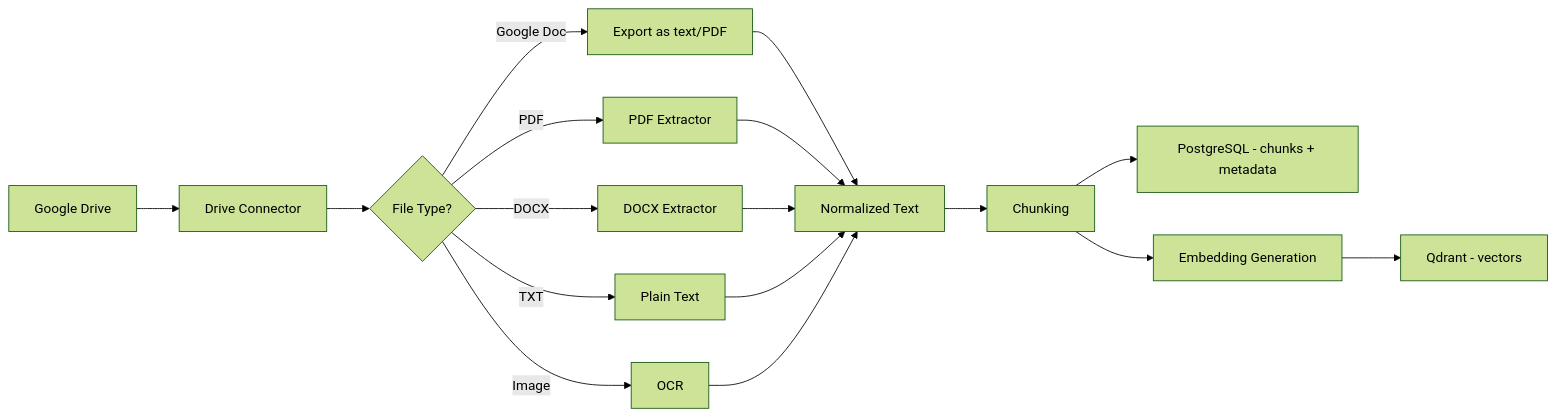
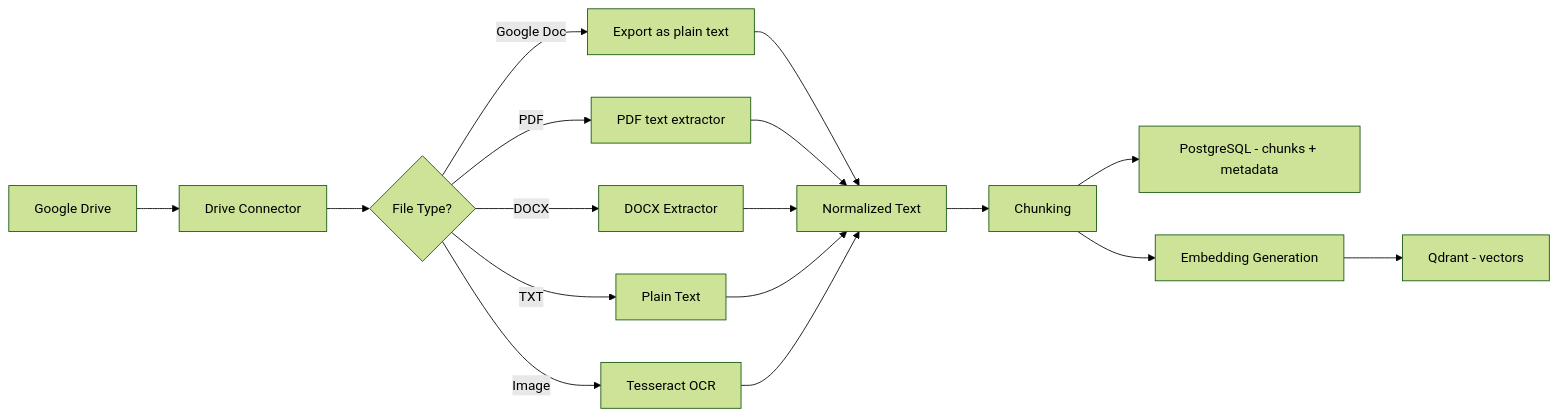
The second of 5 diagrams in docs/ARCHITECTURE.md (mahad816/DriveMind_AI), drawn with Mermaid (forest theme) before and after one commit. The commit also changed other lines of this file and 9 other files, not shown here.

````diff
--- a/docs/ARCHITECTURE.md
+++ b/docs/ARCHITECTURE.md
@@ -91,19 +91,19 @@
 ```mermaid
 flowchart LR
     A[Google Drive] --> B[Drive Connector]
     B --> C{File Type?}
-    C -->|Google Doc| D[Export as text/PDF]
-    C -->|PDF| E[PDF Extractor]
+    C -->|Google Doc| D[Export as plain text]
+    C -->|PDF| E[PDF text extractor]
     C -->|DOCX| F[DOCX Extractor]
     C -->|TXT| G[Plain Text]
-    C -->|Image| H[OCR]
+    C -->|Image| H[Tesseract OCR]
     D --> I[Normalized Text]
     E --> I
     F --> I
     G --> I
     H --> I
     I --> J[Chunking]
     J --> K[PostgreSQL - chunks + metadata]
     J --> L[Embedding Generation]
     L --> M[Qdrant - vectors]
 ```
````
